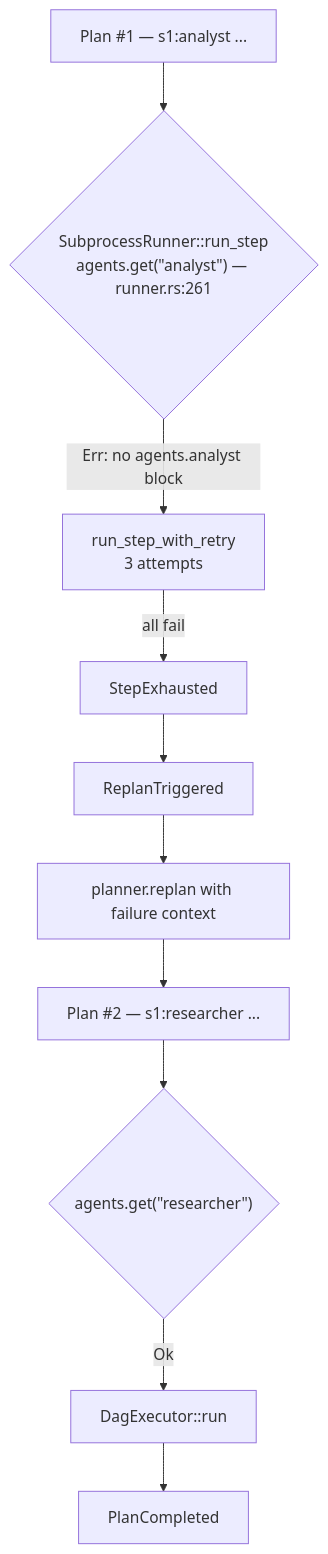
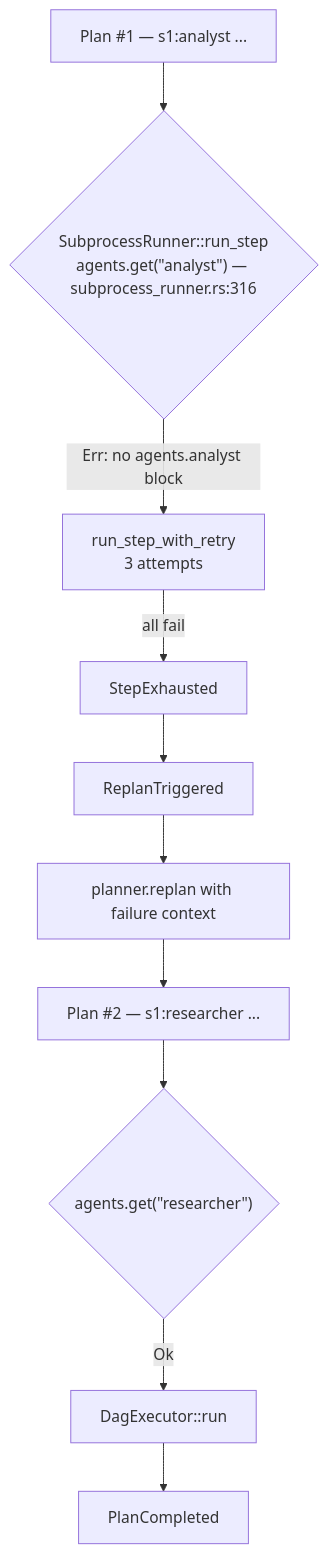
One commit to DemidovVladimir/tengu-cluster changed the seventh of 10 diagrams in docs/orchestrator-pipeline.md. Above: the diagram before and after it, drawn with Mermaid. The commit also changed other lines of this file and 68 other files, not shown here.

First line of the commit message:
Docs sweep A: docs and tutorial pages match the code (README, architecture, context, research, memory/skills, 22 tutorial pages) (#42)

````diff
--- a/docs/orchestrator-pipeline.md
+++ b/docs/orchestrator-pipeline.md
@@ -446,12 +447,12 @@
 ```mermaid
 flowchart TB
-    A["Plan #1 — s1:analyst ..."] --> B{"SubprocessRunner::run_step<br/>agents.get(&quot;analyst&quot;) — runner.rs:261"}
+    A["Plan #1 — s1:analyst ..."] --> B{"SubprocessRunner::run_step<br/>agents.get(&quot;analyst&quot;) — subprocess_runner.rs:316"}
     B -->|Err: no agents.analyst block| C["run_step_with_retry<br/>3 attempts"]
     C -->|all fail| D["StepExhausted"]
     D --> E["ReplanTriggered"]
     E --> F["planner.replan with failure context"]
     F --> G["Plan #2 — s1:researcher ..."]
     G --> H{"agents.get(&quot;researcher&quot;)"}
     H -->|Ok| I["DagExecutor::run"]
     I --> J["PlanCompleted"]
 ```
````
